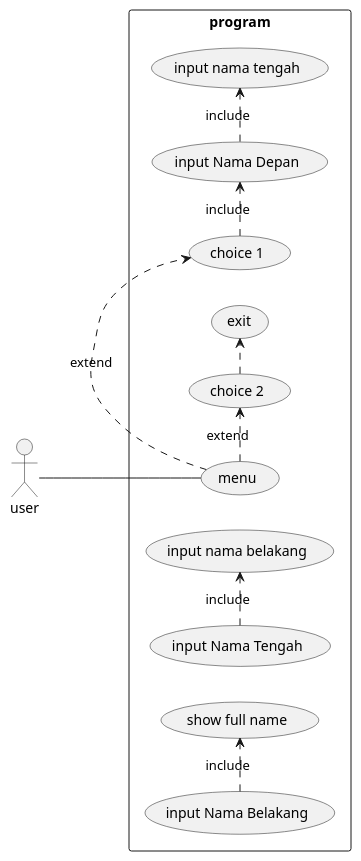
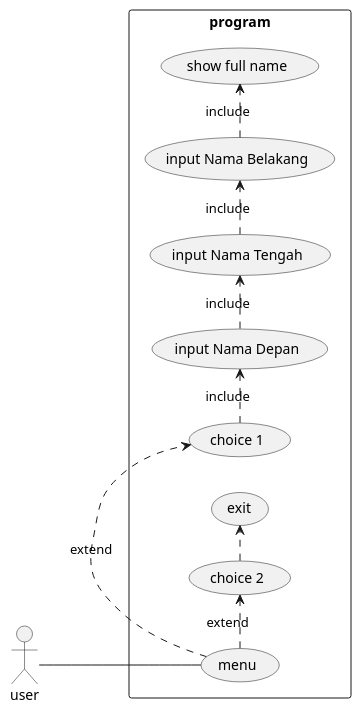
The diagram in pert6/test.puml (idhamzy22/bhs_pemrograman), drawn with PlantUML before and after one commit. The commit also changed 12 other files, not shown here.

```diff
--- a/pert6/test.puml
+++ b/pert6/test.puml
@@ -1,17 +1,17 @@
 @startuml sample
 
 left to right direction
 
 actor user
 rectangle program{
     user -- (menu)
     (menu) .> (choice 1) : extend
     (menu) .> (choice 2) : extend
     (choice 2) .> (exit)
     (choice 1) .> (input Nama Depan) : include
-    (input Nama Depan) ._> (input nama tengah) : include
-    (input Nama Tengah) ._> (input nama belakang) : include
+    (input Nama Depan) ._> (input Nama Tengah) : include
+    (input Nama Tengah) ._> (input Nama Belakang) : include
     (input Nama Belakang) ._> (show full name) : include
 }
 
 @enduml
```
